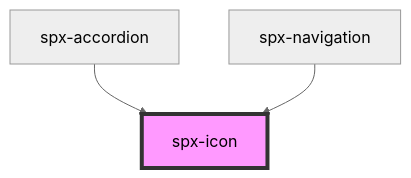
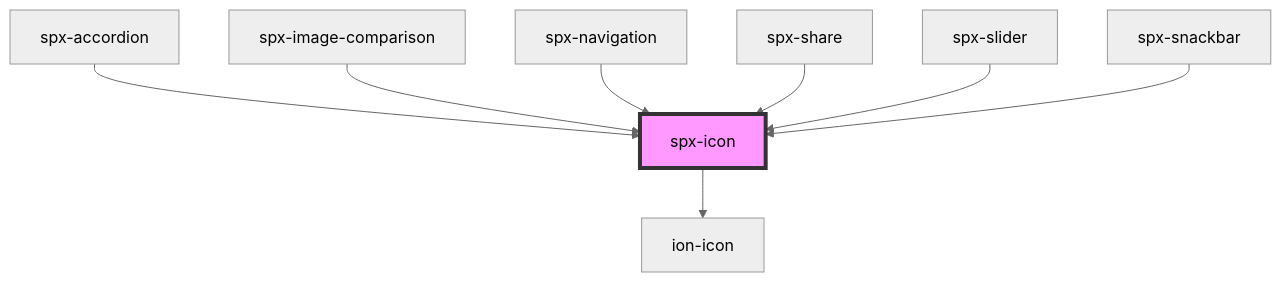
Before and after one commit to dnnsjsk/spx: the diagram in stencil/src/components/spx-icon/readme.md, drawn with Mermaid (neutral theme). The commit also changed other lines of this file and 38 other files, not shown here.

````diff
--- a/stencil/src/components/spx-icon/readme.md
+++ b/stencil/src/components/spx-icon/readme.md
@@ -24,6 +34,11 @@
 ```mermaid
 graph TD;
+  spx-icon --> ion-icon
   spx-accordion --> spx-icon
+  spx-image-comparison --> spx-icon
   spx-navigation --> spx-icon
+  spx-share --> spx-icon
+  spx-slider --> spx-icon
+  spx-snackbar --> spx-icon
   style spx-icon fill:#f9f,stroke:#333,stroke-width:4px
 ```
````
